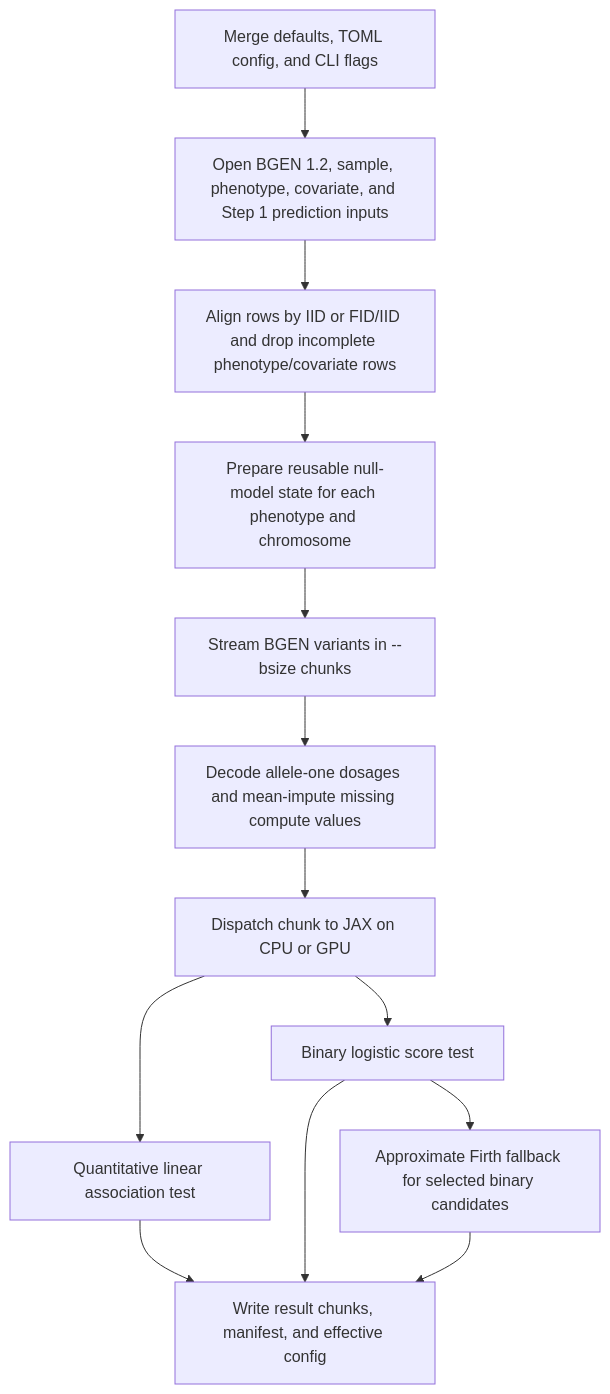
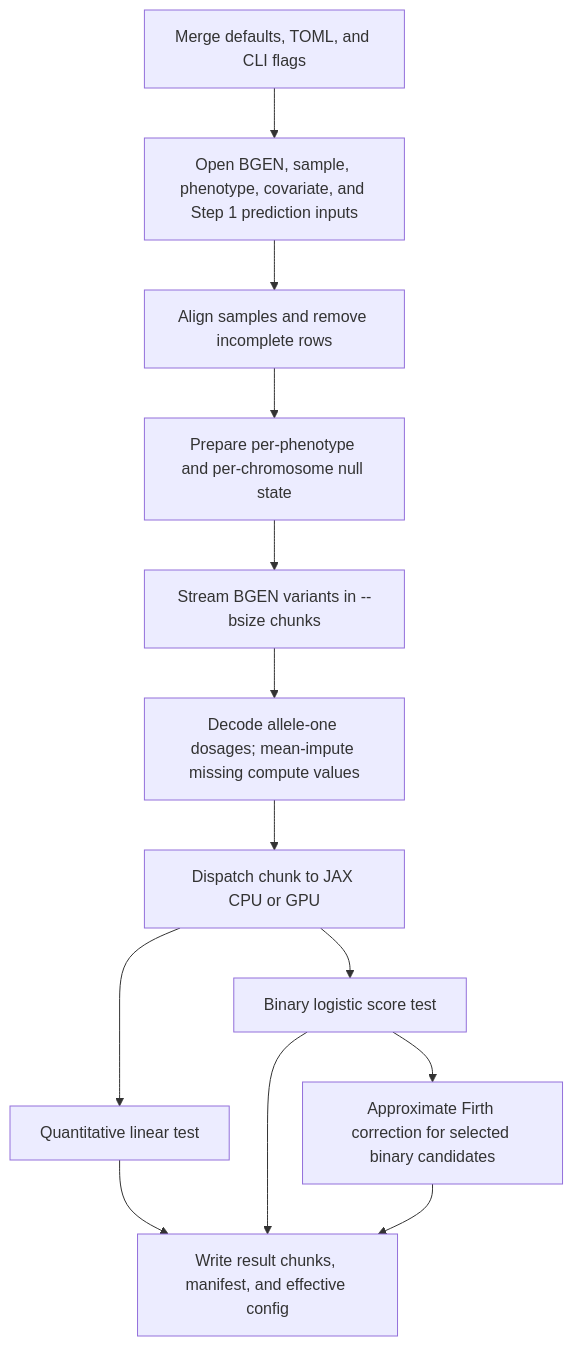
One commit to kirilledition/g changed the diagram in documentation/public/algorithm.md. Above: the diagram before and after it, drawn with Mermaid. The commit also changed other lines of this file, not shown here.

````diff
--- a/documentation/public/algorithm.md
+++ b/documentation/public/algorithm.md
@@ -31,20 +53,19 @@
 ```mermaid
 flowchart TD
-    configuration["Merge defaults, TOML config, and CLI flags"]
-    openInputs["Open BGEN 1.2, sample, phenotype, covariate, and Step 1 prediction inputs"]
-    alignSamples["Align rows by IID or FID/IID and drop incomplete phenotype/covariate rows"]
-    prepareNull["Prepare reusable null-model state for each phenotype and chromosome"]
-    streamVariants["Stream BGEN variants in --bsize chunks"]
-    decodeDosage["Decode allele-one dosages and mean-impute missing compute values"]
-    dispatchDevice["Dispatch chunk to JAX on CPU or GPU"]
-    quantitativeTest["Quantitative linear association test"]
-    binaryScore["Binary logistic score test"]
-    firthFallback["Approximate Firth fallback for selected binary candidates"]
-    writeOutput["Write result chunks, manifest, and effective config"]
+    config["Merge defaults, TOML, and CLI flags"]
+    inputs["Open BGEN, sample, phenotype, covariate, and Step 1 prediction inputs"]
+    alignment["Align samples and remove incomplete rows"]
+    nullModel["Prepare per-phenotype and per-chromosome null state"]
+    chunks["Stream BGEN variants in --bsize chunks"]
+    dosage["Decode allele-one dosages; mean-impute missing compute values"]
+    device["Dispatch chunk to JAX CPU or GPU"]
+    linear["Quantitative linear test"]
+    score["Binary logistic score test"]
+    firth["Approximate Firth correction for selected binary candidates"]
+    output["Write result chunks, manifest, and effective config"]
 
-    configuration --> openInputs --> alignSamples --> prepareNull --> streamVariants
-    streamVariants --> decodeDosage --> dispatchDevice
-    dispatchDevice --> quantitativeTest --> writeOutput
-    dispatchDevice --> binaryScore --> writeOutput
-    binaryScore --> firthFallback --> writeOutput
+    config --> inputs --> alignment --> nullModel --> chunks --> dosage --> device
+    device --> linear --> output
+    device --> score --> output
+    score --> firth --> output
 ```
````
